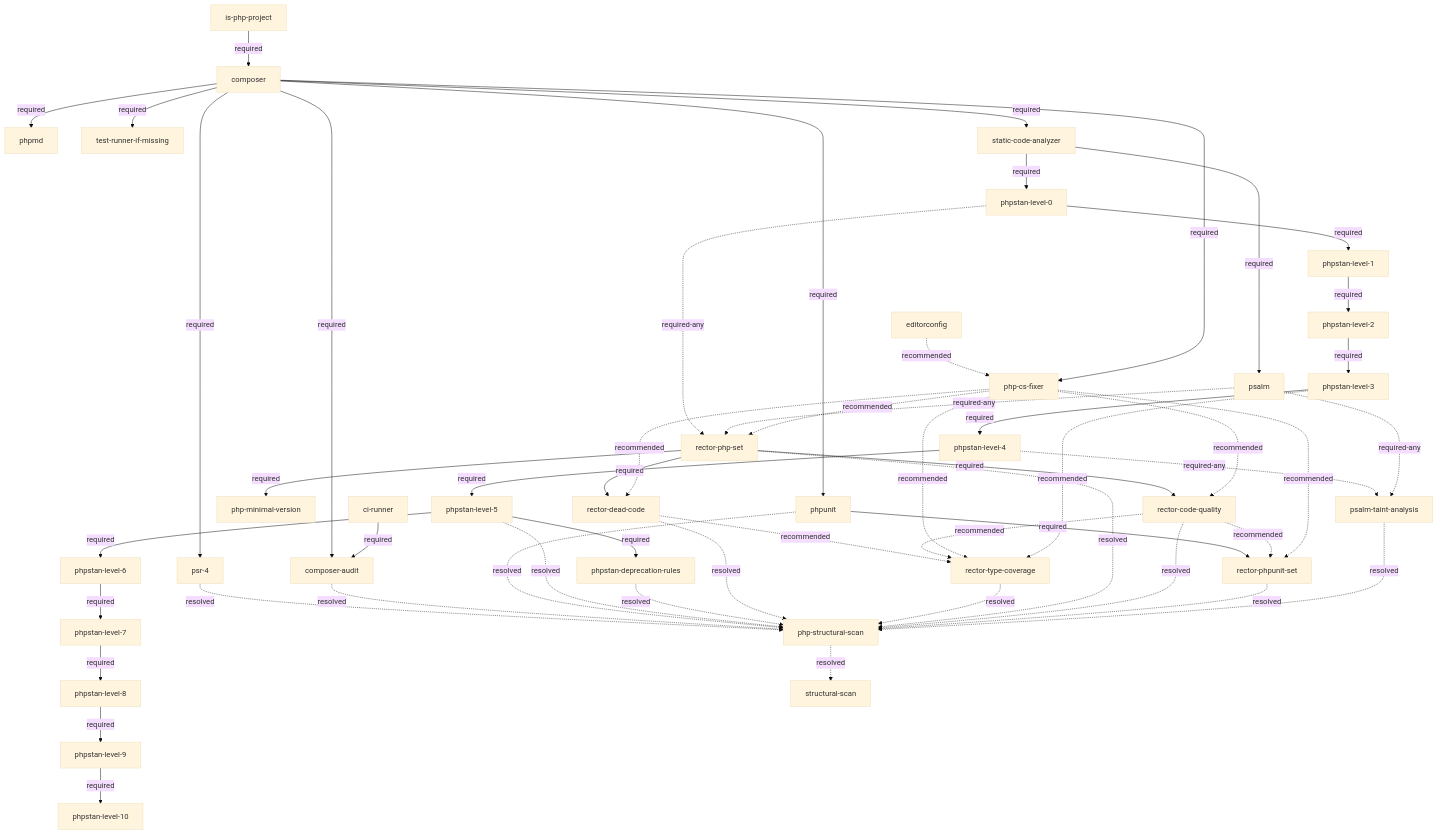
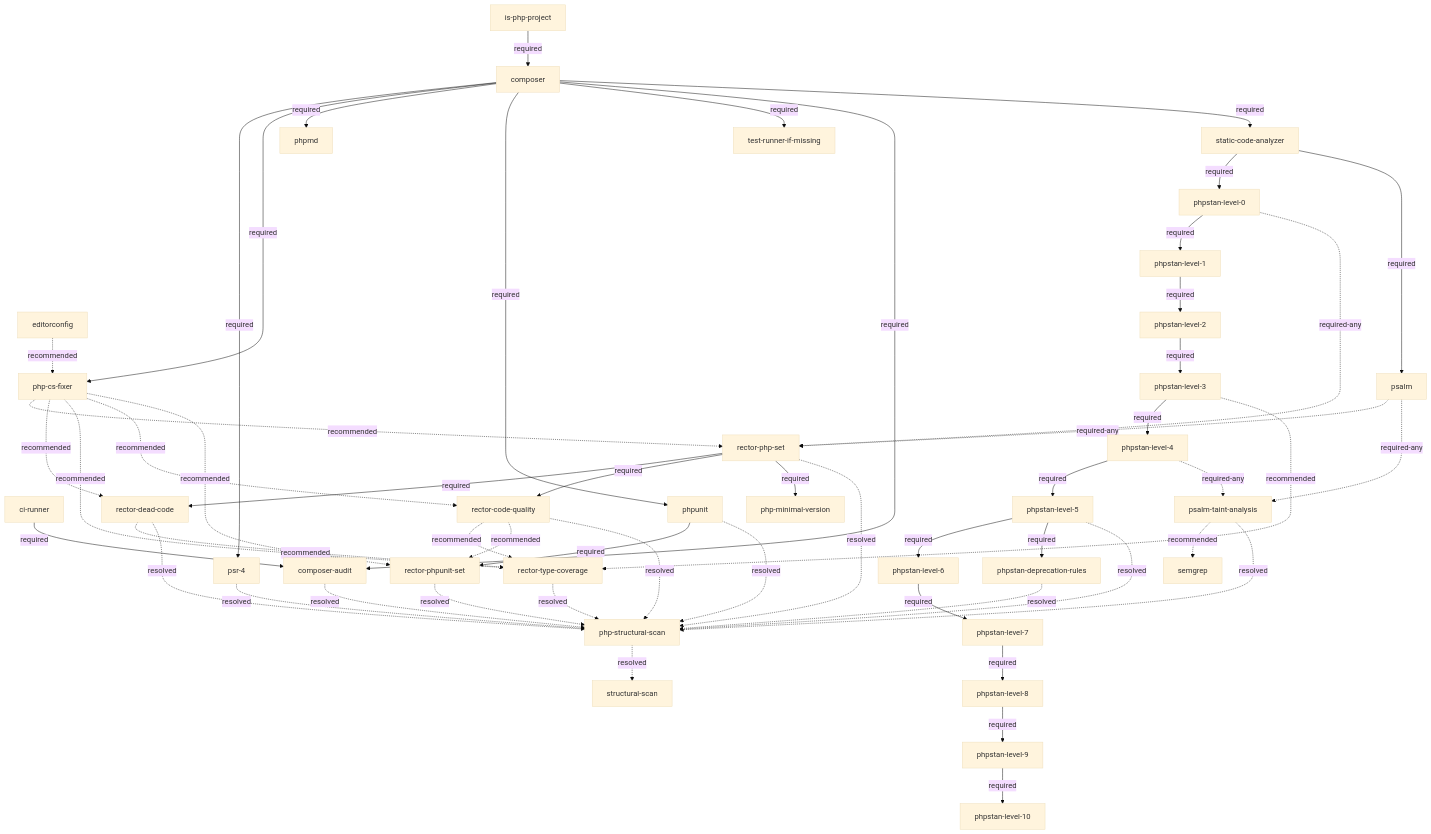
The diagram in skills/refactor-scan/references/php-tooling-tree.md (Art4/continuous-refactoring), drawn with Mermaid (base theme) before and after one commit. The commit also changed other lines of this file and 16 other files, not shown here.

```diff
--- a/skills/refactor-scan/references/php-tooling-tree.md
+++ b/skills/refactor-scan/references/php-tooling-tree.md
@@ -37,6 +37,7 @@
     rcq[rector-code-quality]
     rpu[rector-phpunit-set]
     pta[psalm-taint-analysis]
+    sg[semgrep]
     phpss[php-structural-scan]
     ss[structural-scan]
 
@@ -80,6 +81,7 @@
     p3 -.->|recommended| rtc
     p4 -.->|required-any| pta
     psalm -.->|required-any| pta
+    pta -.->|recommended| sg
     psr4 -.->|resolved| phpss
     audit -.->|resolved| phpss
     unit -.->|resolved| phpss
```
